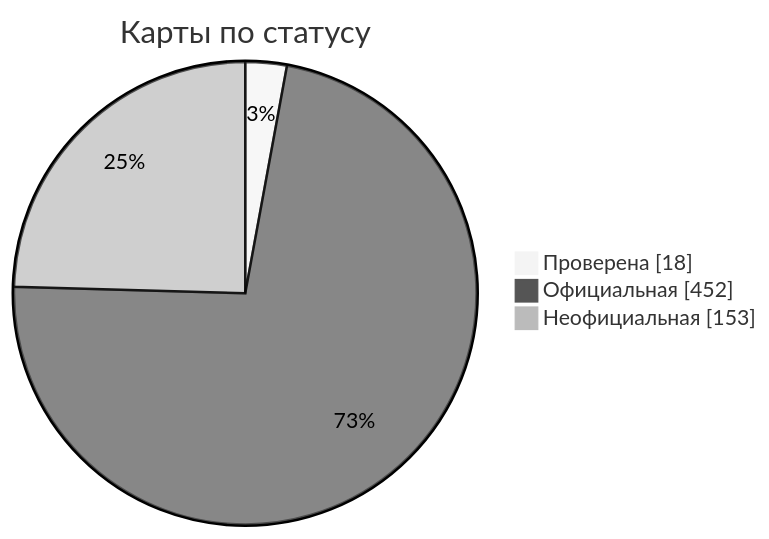
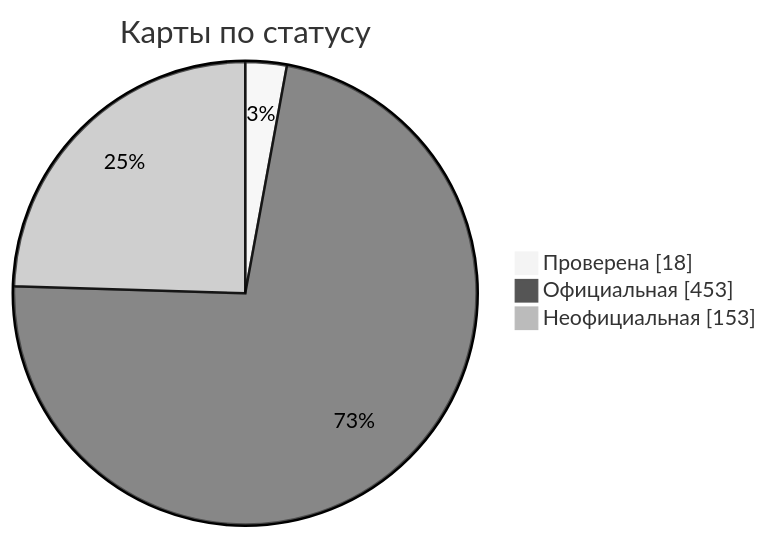
The diagram in docs/readme/README_RU.md (nobrega8/mbmap-library), drawn with Mermaid (neutral theme) before and after one commit. The commit also changed 6 other files, not shown here.

````diff
--- a/docs/readme/README_RU.md
+++ b/docs/readme/README_RU.md
@@ -54,7 +54,7 @@
 ```mermaid
 pie showData
     title Карты по статусу
     "Проверена" : 18
-    "Официальная" : 452
+    "Официальная" : 453
     "Неофициальная" : 153
 ```
````
